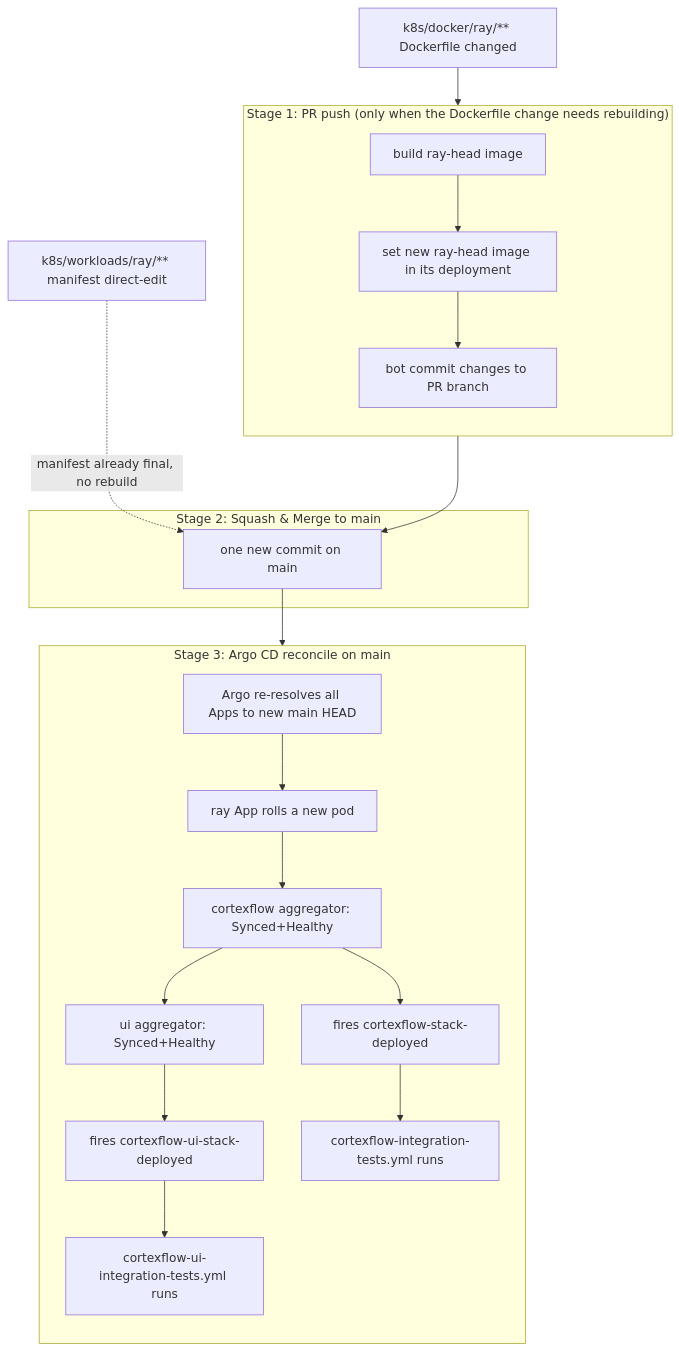
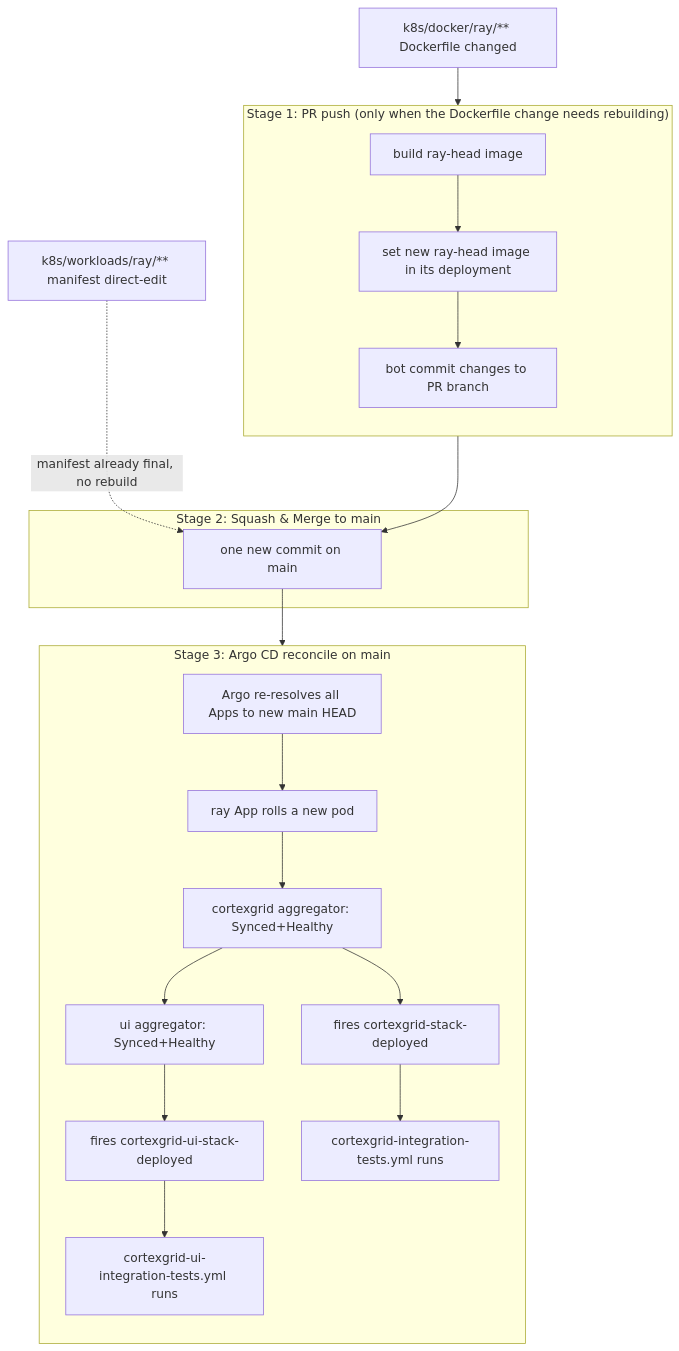
One commit to robodatalab/cortexgrid changed the fifth of 8 diagrams in docs/k8s/cicd.md. Above: the diagram before and after it, drawn with Mermaid. The commit also changed other lines of this file and 142 other files, not shown here.

Commit message:
finish renaming cortexflow -> cortexgrid

````diff
--- a/docs/k8s/cicd.md
+++ b/docs/k8s/cicd.md
@@ -272,43 +272,43 @@
 ```mermaid
 flowchart TB
     dsrc["k8s/docker/ray/** Dockerfile changed"]
     wl["k8s/workloads/ray/** manifest direct-edit"]
 
     subgraph S1["Stage 1: PR push (only when the Dockerfile change needs rebuilding)"]
         direction TB
         B1["build ray-head image"]
         E1["set new ray-head image in its deployment"]
         C["bot commit changes to PR branch"]
         B1 --> E1
         E1 --> C
     end
 
     dsrc --> B1
 
     subgraph S2["Stage 2: Squash & Merge to main"]
         M["one new commit on main"]
     end
     C --> M
     wl -. manifest already final, no rebuild .-> M
 
     subgraph S3["Stage 3: Argo CD reconcile on main"]
         direction TB
         Sync["Argo re-resolves all Apps to new main HEAD"]
         Roll_ray["ray App rolls a new pod"]
-        Agg_cf["cortexflow aggregator: Synced+Healthy"]
+        Agg_cf["cortexgrid aggregator: Synced+Healthy"]
         Agg_ui["ui aggregator: Synced+Healthy"]
-        N_cf["fires cortexflow-stack-deployed"]
-        N_ui["fires cortexflow-ui-stack-deployed"]
-        IT_cf["cortexflow-integration-tests.yml runs"]
-        IT_uic["cortexflow-ui-integration-tests.yml runs"]
+        N_cf["fires cortexgrid-stack-deployed"]
+        N_ui["fires cortexgrid-ui-stack-deployed"]
+        IT_cf["cortexgrid-integration-tests.yml runs"]
+        IT_uic["cortexgrid-ui-integration-tests.yml runs"]
 
         Sync --> Roll_ray
         Roll_ray --> Agg_cf
         Agg_cf --> Agg_ui
         Agg_cf --> N_cf
         Agg_ui --> N_ui
         N_cf --> IT_cf
         N_ui --> IT_uic
     end
     M --> Sync
 ```
````
